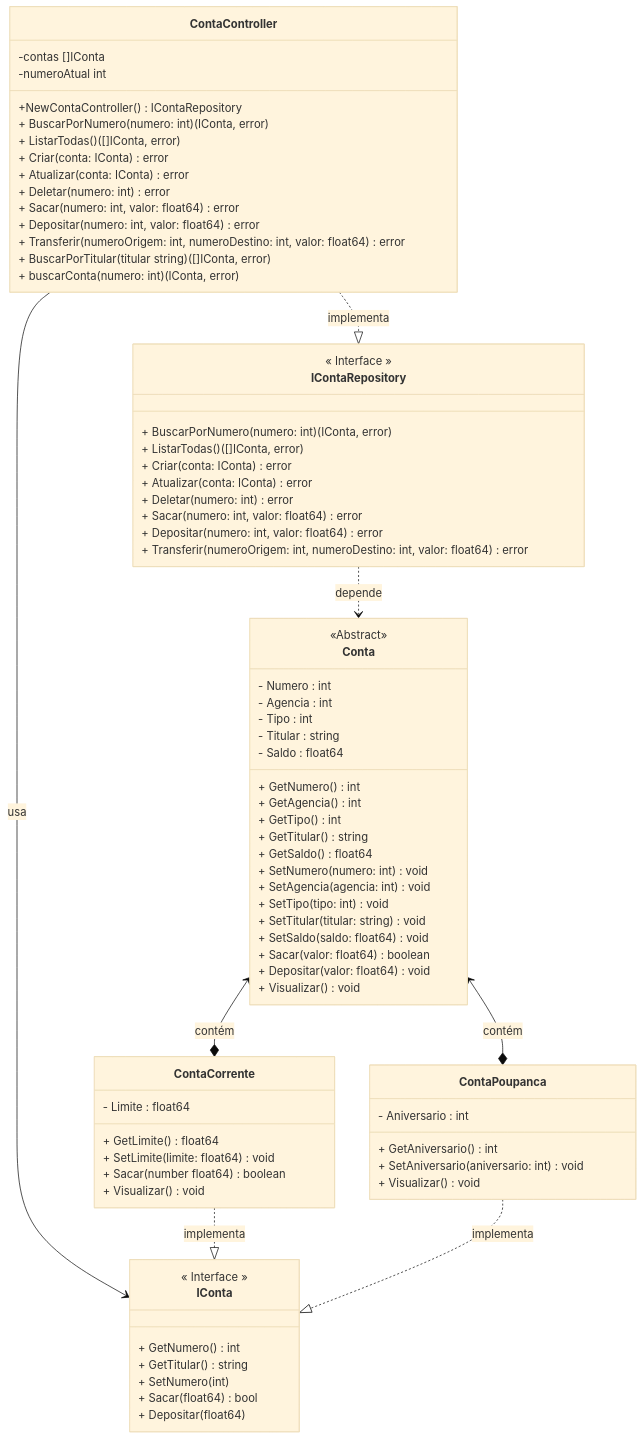
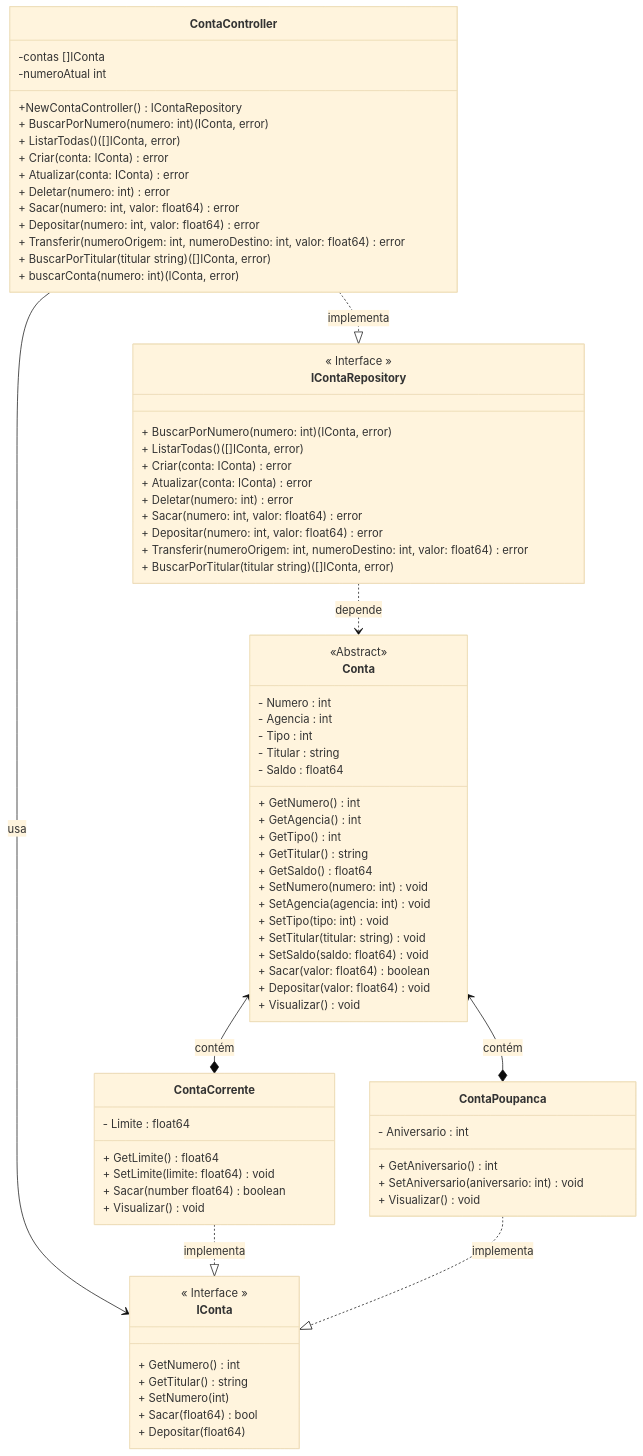
Before and after one commit to rafaelq80/conta_bancaria_go: the second of 2 diagrams in README.md, drawn with Mermaid (base theme).

````diff
--- a/README.md
+++ b/README.md
@@ -124,79 +124,80 @@
 ```mermaid
 classDiagram
 class Conta {
 <<Abstract>>
   - Numero : int
   - Agencia : int
   - Tipo : int
   - Titular : string
   - Saldo : float64
   + GetNumero() int
   + GetAgencia() int
   + GetTipo() int
   + GetTitular() string
   + GetSaldo() float64
   + SetNumero(numero: int) void
   + SetAgencia(agencia: int) void
   + SetTipo(tipo: int) void
   + SetTitular(titular: string) void
   + SetSaldo(saldo: float64) void
   + Sacar(valor: float64) boolean
   + Depositar(valor: float64) void
   + Visualizar() void
 }
 class ContaCorrente {
   - Limite : float64
   + GetLimite() float64
   + SetLimite(limite: float64) void
   + Sacar(number float64) boolean
   + Visualizar() void
 }
 class ContaPoupanca {
   - Aniversario : int
   + GetAniversario() int
   + SetAniversario(aniversario: int) void
   + Visualizar() void
 }
 class IContaRepository{
 << Interface >>
 + BuscarPorNumero(numero: int) (IConta, error)
 + ListarTodas() ([]IConta, error)
 + Criar(conta: IConta) error
 + Atualizar(conta: IConta) error
 + Deletar(numero: int) error
 + Sacar(numero: int, valor: float64) error
 + Depositar(numero: int, valor: float64) error
 + Transferir(numeroOrigem: int, numeroDestino: int, valor: float64) error
++ BuscarPorTitular(titular string) ([]IConta, error)
 }
 class IConta{
 << Interface >>
 + GetNumero() int
 + GetTitular() string
 + SetNumero(int)
 + Sacar(float64) bool
 + Depositar(float64)
 }
 class ContaController{
 -contas []IConta
 -numeroAtual int
 +NewContaController() IContaRepository
 + BuscarPorNumero(numero: int) (IConta, error)
 + ListarTodas() ([]IConta, error)
 + Criar(conta: IConta) error
 + Atualizar(conta: IConta) error
 + Deletar(numero: int) error
 + Sacar(numero: int, valor: float64) error
 + Depositar(numero: int, valor: float64) error
 + Transferir(numeroOrigem: int, numeroDestino: int, valor: float64) error
 + BuscarPorTitular(titular string) ([]IConta, error)
 + buscarConta(numero: int) (IConta, error)
 }
 Conta <--* ContaCorrente : contém
 Conta <--* ContaPoupanca : contém
 ContaController ..|> IContaRepository : implementa
 ContaController --> IConta : usa
 ContaCorrente ..|> IConta : implementa
 ContaPoupanca ..|> IConta : implementa
 IContaRepository ..> Conta : depende
 
 ```
````
